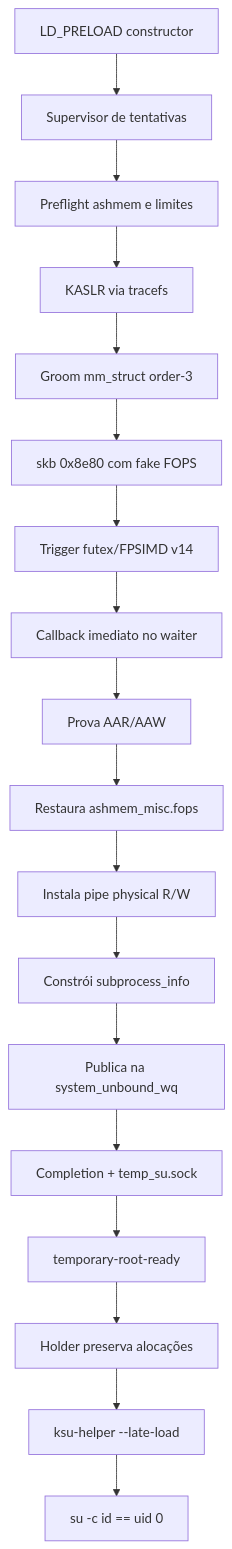
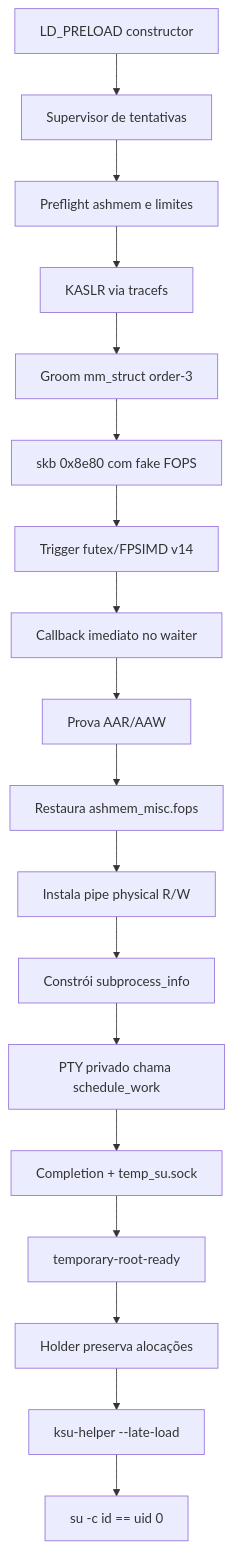
One commit to soumarcelino/Root-My-Galaxy-SM-S918B changed the diagram in targets/afzh3/open-payload-engine/docs/02-ARQUITETURA-E-FLUXO.md. Above: the diagram before and after it, drawn with Mermaid. The commit also changed other lines of this file and 13 other files, not shown here.

````diff
--- a/targets/afzh3/open-payload-engine/docs/02-ARQUITETURA-E-FLUXO.md
+++ b/targets/afzh3/open-payload-engine/docs/02-ARQUITETURA-E-FLUXO.md
@@ -11,20 +11,20 @@
 ```mermaid
 flowchart TD
     A[LD_PRELOAD constructor] --> B[Supervisor de tentativas]
     B --> C[Preflight ashmem e limites]
     C --> D[KASLR via tracefs]
     D --> E[Groom mm_struct order-3]
     E --> F[skb 0x8e80 com fake FOPS]
     F --> G[Trigger futex/FPSIMD v14]
     G --> H[Callback imediato no waiter]
     H --> I[Prova AAR/AAW]
     I --> J[Restaura ashmem_misc.fops]
     J --> K[Instala pipe physical R/W]
     K --> L[Constrói subprocess_info]
-    L --> M[Publica na system_unbound_wq]
+    L --> M[PTY privado chama schedule_work]
     M --> N[Completion + temp_su.sock]
     N --> O[temporary-root-ready]
     O --> P[Holder preserva alocações]
     P --> Q[ksu-helper --late-load]
     Q --> R[su -c id == uid 0]
 ```
````
